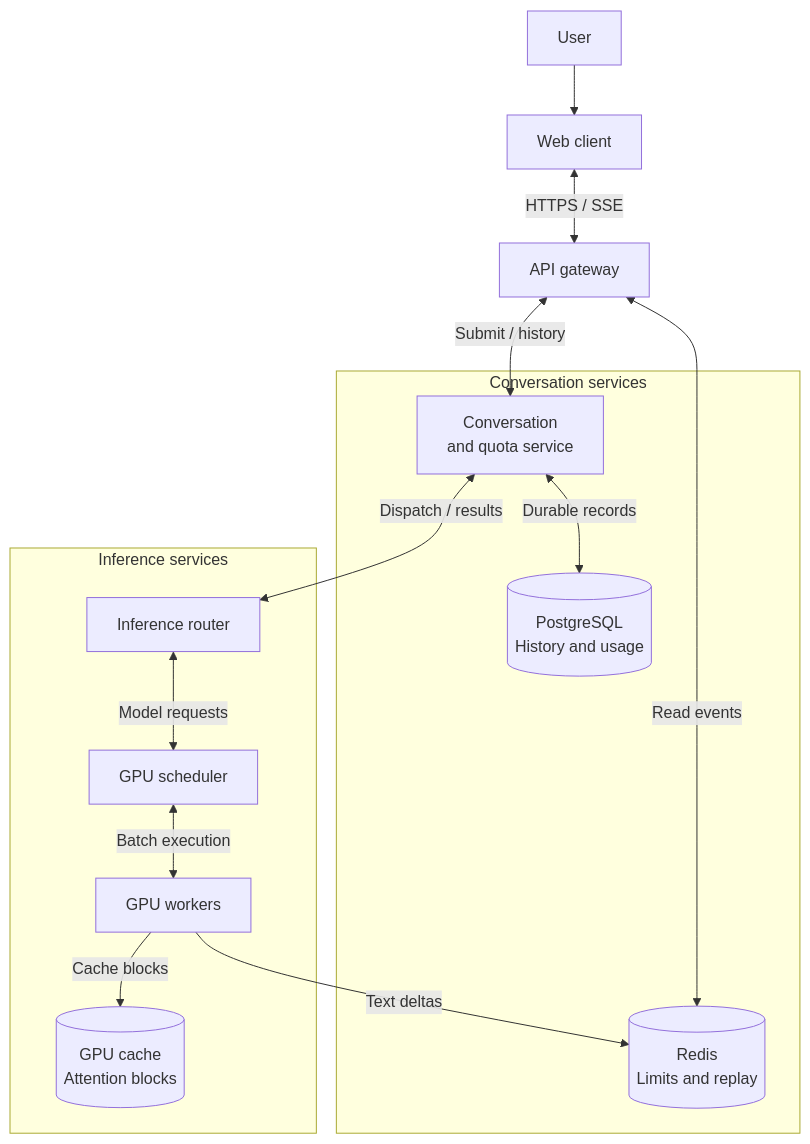
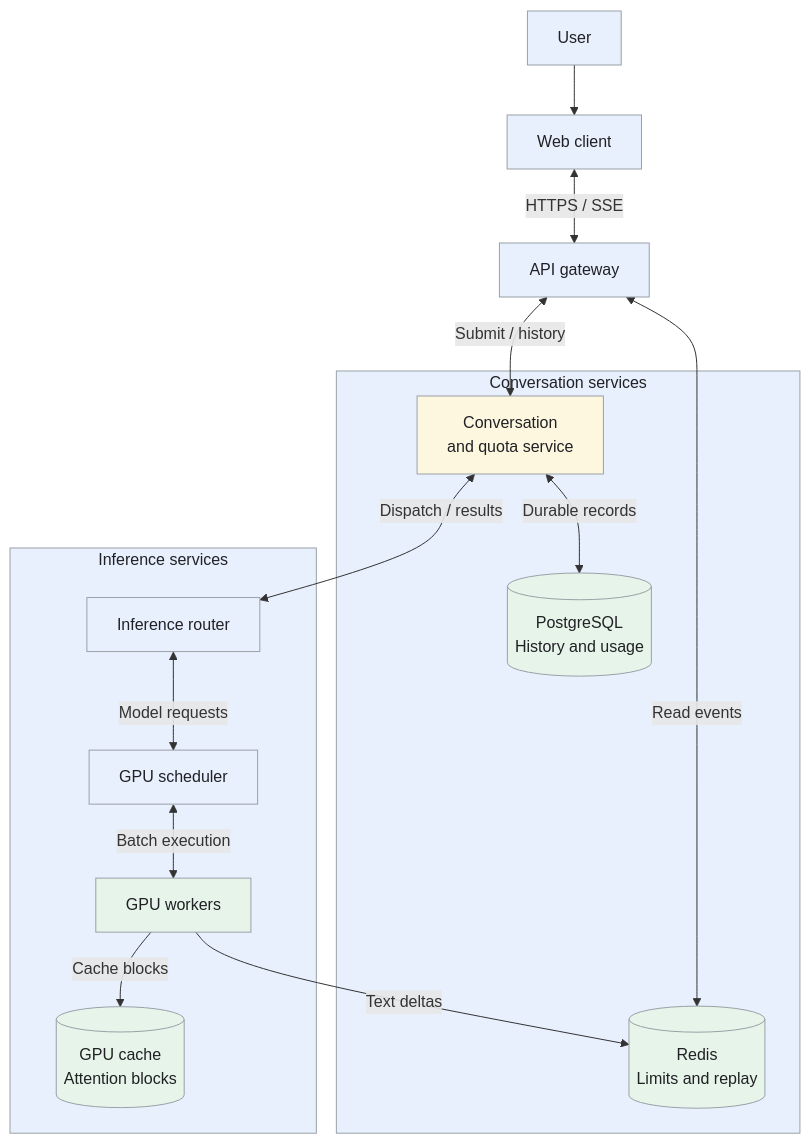
One commit to iliazlobin/iliazlobin.github.io changed the first of 4 diagrams in _designs/system-design-chatgpt.md. Above: the diagram before and after it, drawn with Mermaid. The commit also changed other lines of this file and 20 other files, not shown here.

Commit message:
Improve design flows, tradeoffs, and technology references

````diff
--- a/_designs/system-design-chatgpt.md
+++ b/_designs/system-design-chatgpt.md
@@ -146,24 +146,32 @@
 ```mermaid
 flowchart TB
     U["User"] --> W["Web client"]
     W <-->|HTTPS / SSE| G["API gateway"]
     subgraph Control["Conversation services"]
         C["Conversation<br>and quota service"]
         P[("PostgreSQL<br>History and usage")]
         R[("Redis<br>Limits and replay")]
         C <-->|Durable records| P
     end
     subgraph Serving["Inference services"]
         I["Inference router"]
         S["GPU scheduler"]
         E["GPU workers"]
         K[("GPU cache<br>Attention blocks")]
         I <-->|Model requests| S
         S <-->|Batch execution| E
         E -->|Cache blocks| K
     end
     G <-->|Submit / history| C
     G <-->|Read events| R
     C <-->|Dispatch / results| I
     E -->|Text deltas| R
+  classDef request fill:#e8f0fe,stroke:#9aa0a6,color:#202124,stroke-width:1px
+  classDef background fill:#e6f4ea,stroke:#9aa0a6,color:#202124,stroke-width:1px
+  classDef control fill:#fef7e0,stroke:#9aa0a6,color:#202124,stroke-width:1px
+  class U,W,G,I,S request
+  class P,R,E,K background
+  class C control
+  style Control fill:#e8f0fe,stroke:#9aa0a6,color:#202124,stroke-width:1px
+  style Serving fill:#e8f0fe,stroke:#9aa0a6,color:#202124,stroke-width:1px
 ```
````
